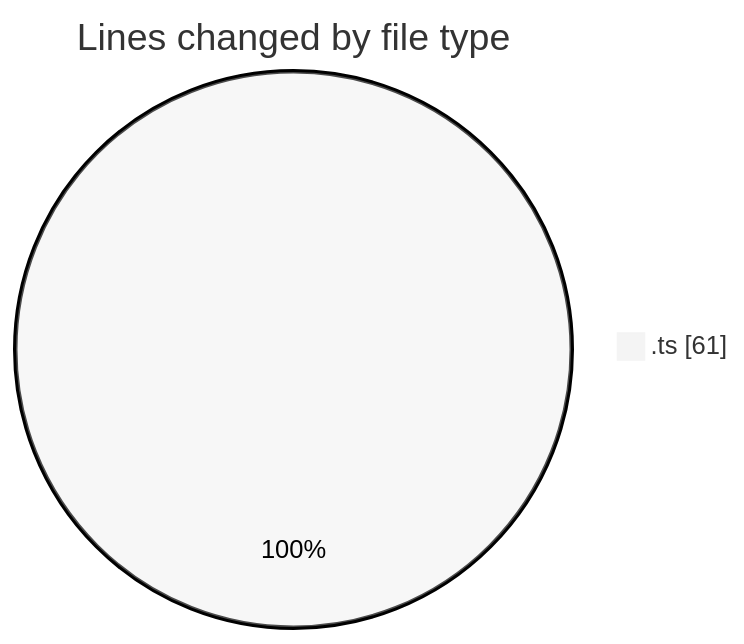
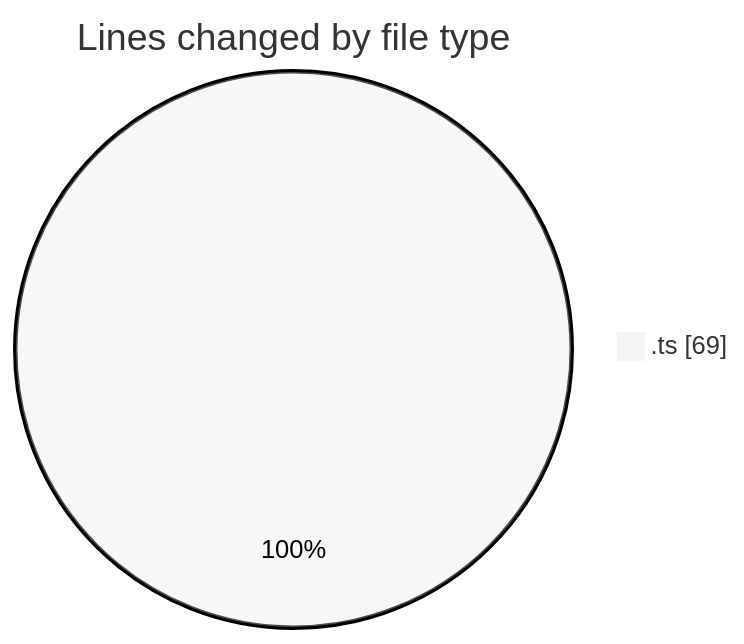
Before and after one commit to momahboobian/code-tracking: the first of 2 diagrams in 2025-05-30/cda/README.md, drawn with Mermaid (neutral theme). The commit also changed other lines of this file and 1 other file, not shown here.

````diff
--- a/2025-05-30/cda/README.md
+++ b/2025-05-30/cda/README.md
@@ -20,5 +20,5 @@
 ```mermaid
 pie showData
 title Lines changed by file type
-".ts" : 61
+".ts" : 69
 ```
````
